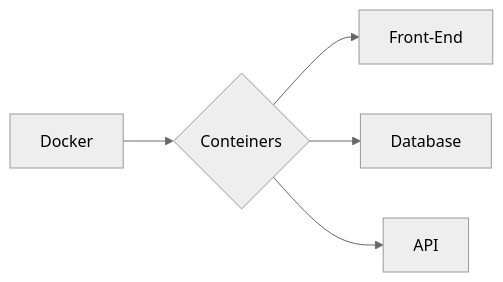
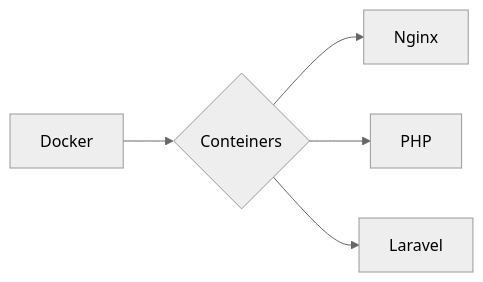
One commit to SauloCandeira/Docker-PHP changed the diagram in readme.md. Above: the diagram before and after it, drawn with Mermaid (neutral theme).

````diff
--- a/readme.md
+++ b/readme.md
@@ -35,9 +35,9 @@
 ```mermaid
 flowchart LR
 B[Docker]
 
 B --> C{Conteiners}
-C --> J[Front-End]
-C --> K[Database]
-C --> L[API]
+C --> J[Nginx]
+C --> K[PHP]
+C --> L[Laravel]
 ```
````
